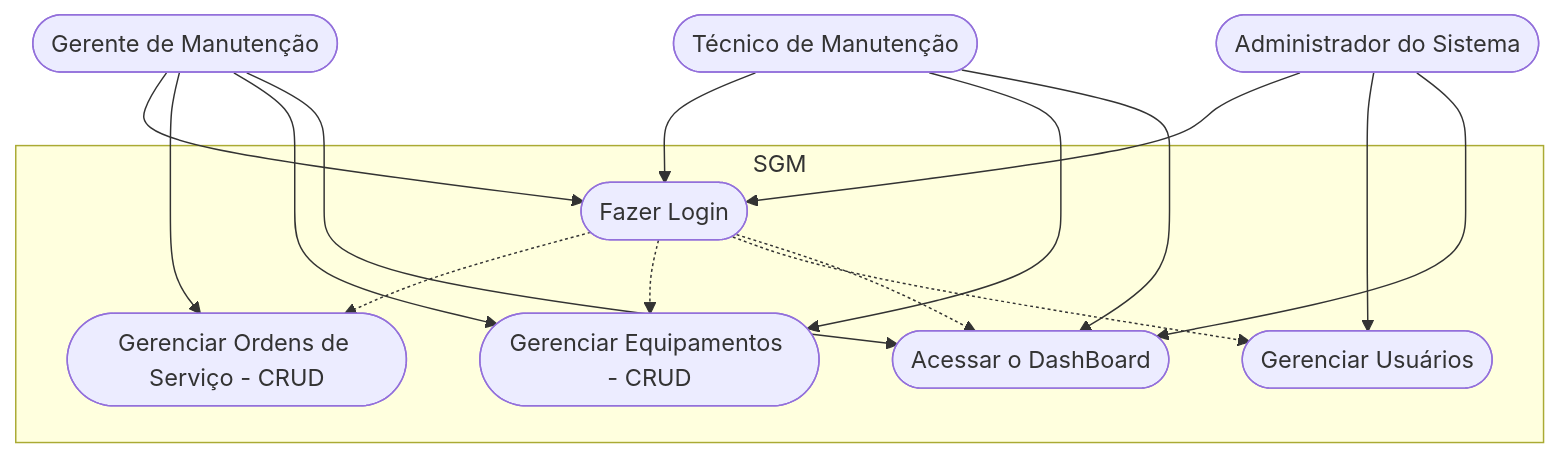
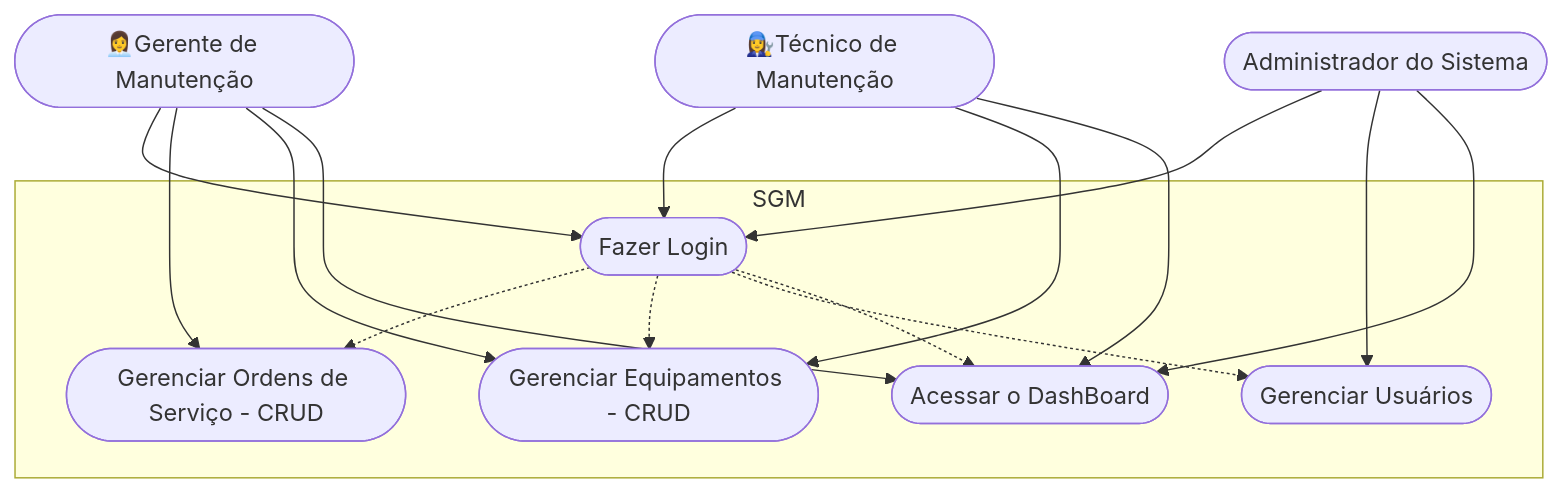
Before and after one commit to julia1626/FrontEnd1: the second of 3 diagrams in Frameworks/Next/formativa-sgm/README.md, drawn with Mermaid. The commit also changed other lines of this file, not shown here.

````diff
--- a/Frameworks/Next/formativa-sgm/README.md
+++ b/Frameworks/Next/formativa-sgm/README.md
@@ -102,35 +102,35 @@
     ```mermaid
 
     graph TD
 
         subgraph "SGM"
             caso1([Fazer Login])
             caso2([Gerenciar Ordens de Serviço - CRUD])
             caso3([Gerenciar Equipamentos - CRUD])
             caso4([Gerenciar Usuários])
             caso5([Acessar o DashBoard])
         end
 
-        Tecnico([Técnico de Manutenção])
-        Gerente([Gerente de Manutenção])
+        Tecnico([👩‍🔧Técnico de Manutenção])
+        Gerente([👩‍💼Gerente de Manutenção])
         Admin([Administrador do Sistema])
 
         Tecnico --> caso1
         Tecnico --> caso3
         Tecnico --> caso5
 
         Gerente --> caso1
         Gerente --> caso2
         Gerente --> caso3
         Gerente --> caso5
 
         Admin --> caso1
         Admin --> caso4
         Admin --> caso5
 
         caso1 -.-> caso2
         caso1 -.-> caso3
         caso1 -.-> caso4
         caso1 -.-> caso5
     
     ```
````
